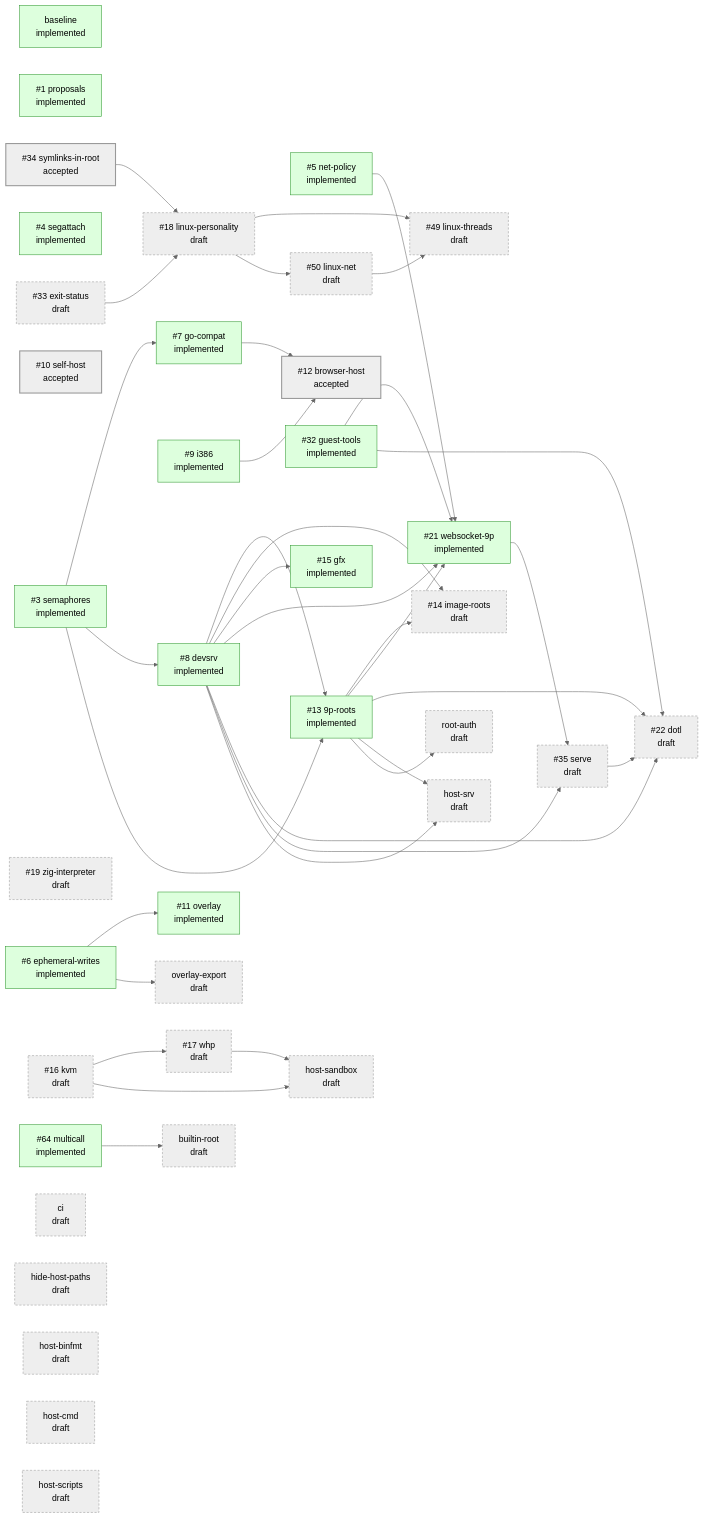
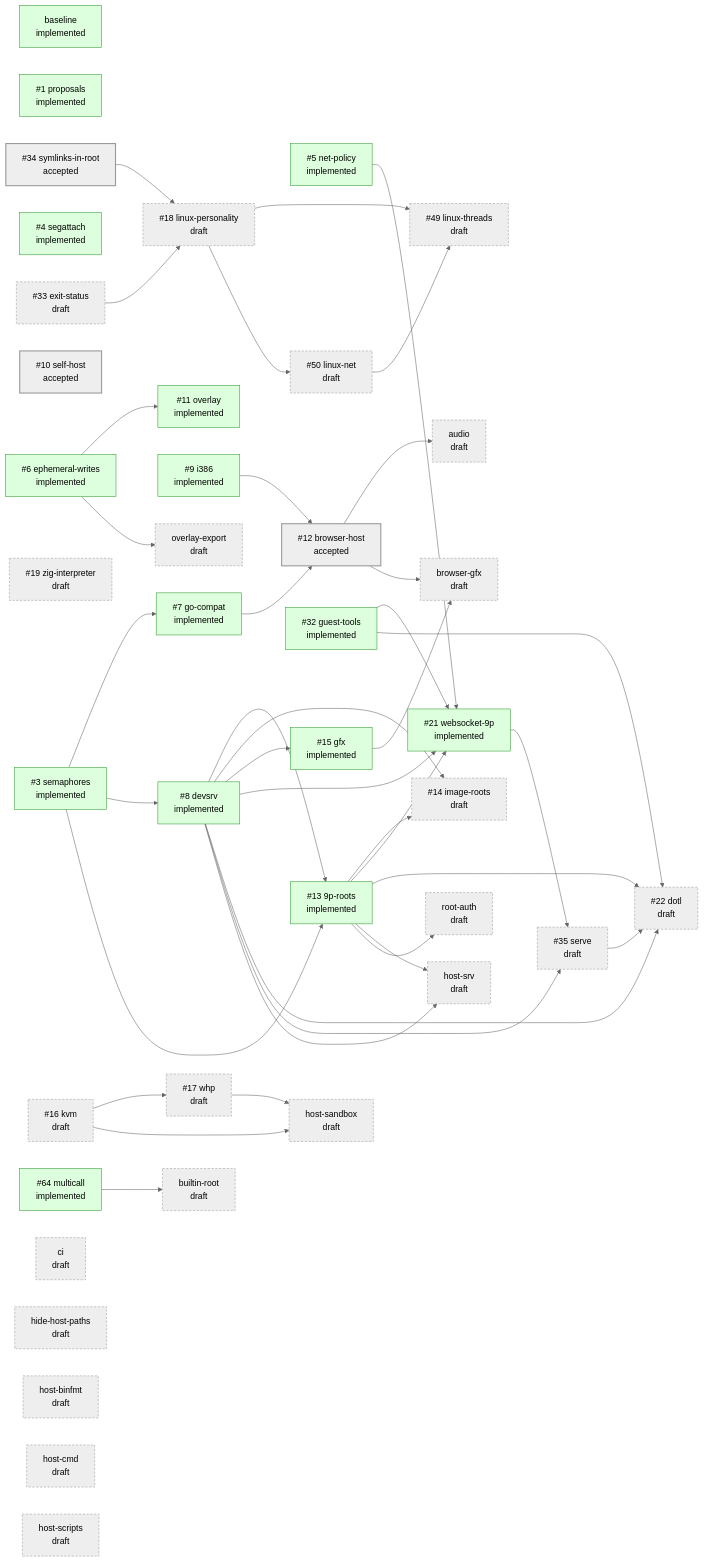
The diagram in README.md (progrium/hyper9), drawn with Mermaid (neutral theme) before and after one commit. The commit also changed other lines of this file and 1 other file, not shown here.

Commit message:
design: draft browser-gfx
The browser host gains gfx's devices: a page passes a canvas to
createMachine, which moves into the Worker as an OffscreenCanvas, and
src/kern/gfx-web.c draws flushed rectangles from wasm memory onto it.
Input comes from the page's events through a kernel process, and
/dev/snarf is filled only by a paste into the canvas.

Claude-Session: https://claude.ai/code/session_01LLcnSzDPor8qGqQUcdyRUp

```diff
--- a/README.md
+++ b/README.md
@@ -87,6 +89,8 @@
   p_linux_threads["#35;49 linux-threads<br/>draft"]:::draft
   p_linux_net["#35;50 linux-net<br/>draft"]:::draft
   p_multicall["#35;64 multicall<br/>implemented"]:::implemented
+  p_audio["audio<br/>draft"]:::draft
+  p_browser_gfx["browser-gfx<br/>draft"]:::draft
   p_builtin_root["builtin-root<br/>draft"]:::draft
   p_ci["ci<br/>draft"]:::draft
   p_hide_host_paths["hide-host-paths<br/>draft"]:::draft
@@ -123,6 +127,9 @@
   p_linux_personality --> p_linux_threads
   p_linux_net --> p_linux_threads
   p_linux_personality --> p_linux_net
+  p_browser_host --> p_audio
+  p_browser_host --> p_browser_gfx
+  p_gfx --> p_browser_gfx
   p_multicall --> p_builtin_root
   p_kvm --> p_host_sandbox
   p_whp --> p_host_sandbox
```
